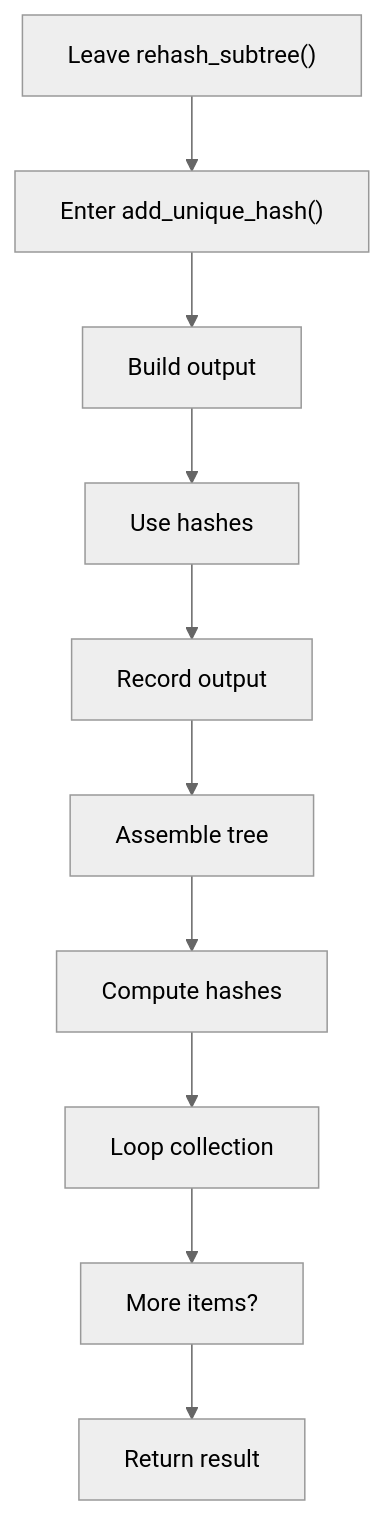
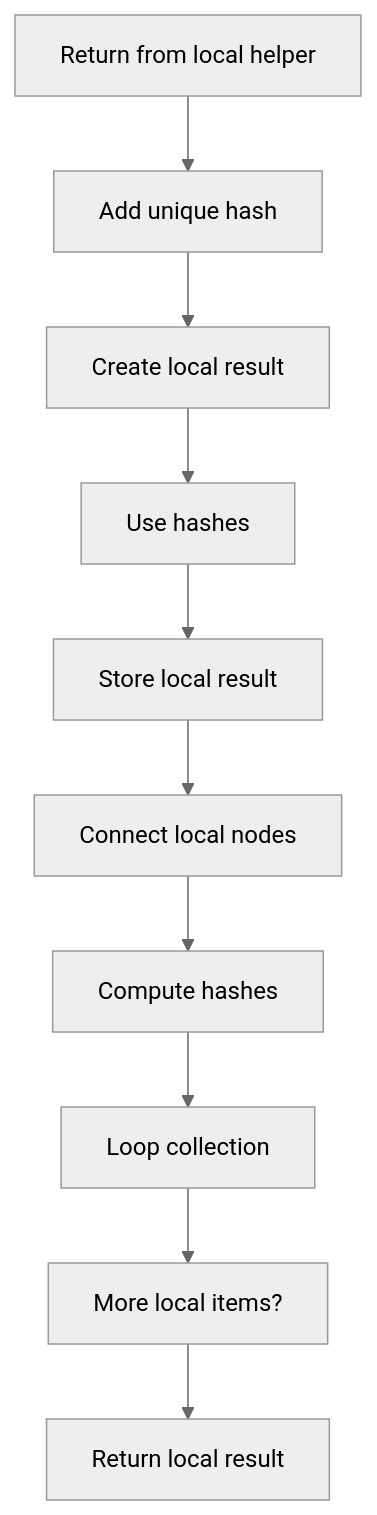
The fourth of 7 diagrams in docs/Codebase/Microservice/Modules/Source/HashingMechanism/ReverseMerkle/Flow/hash_program_flow.cpp.md (JohnAndrewBalbarosa/NeoTerritory), drawn with Mermaid (neutral theme) before and after one commit. The commit also changed other lines of this file and 915 other files, not shown here.

````diff
--- a/docs/Codebase/Microservice/Modules/Source/HashingMechanism/ReverseMerkle/Flow/hash_program_flow.cpp.md
+++ b/docs/Codebase/Microservice/Modules/Source/HashingMechanism/ReverseMerkle/Flow/hash_program_flow.cpp.md
@@ -93,22 +93,22 @@
 ```mermaid
 flowchart TD
-    N0["Leave rehash_subtree()"]
-    N1["Enter add_unique_hash()"]
-    N2["Build output"]
+    N0["Return from local helper"]
+    N1["Add unique hash"]
+    N2["Create local result"]
     N3["Use hashes"]
-    N4["Record output"]
-    N5["Assemble tree"]
+    N4["Store local result"]
+    N5["Connect local nodes"]
     N6["Compute hashes"]
     N7["Loop collection"]
-    N8["More items?"]
-    N9["Return result"]
+    N8["More local items?"]
+    N9["Return local result"]
     N0 --> N1
     N1 --> N2
     N2 --> N3
     N3 --> N4
     N4 --> N5
     N5 --> N6
     N6 --> N7
     N7 --> N8
     N8 --> N9
 ```
````
